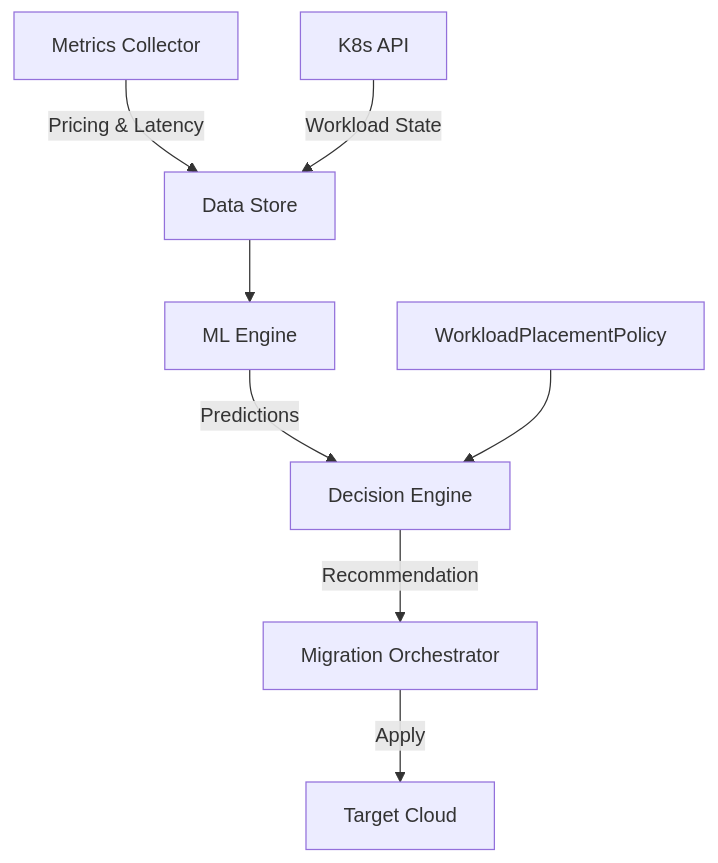
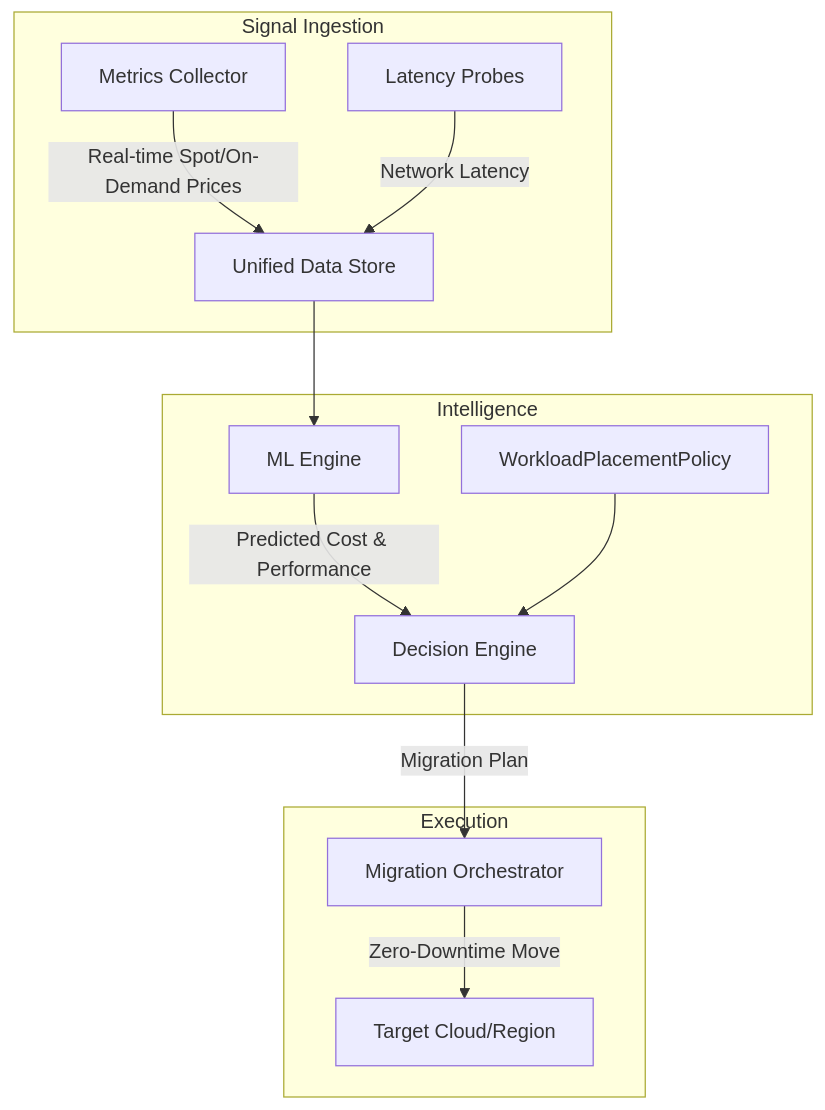
The diagram in README.md (rramesh17993/Guardian), drawn with Mermaid before and after one commit. The commit also changed other lines of this file and 2 other files, not shown here.

````diff
--- a/README.md
+++ b/README.md
@@ -22,10 +44,18 @@
 ```mermaid
 graph TD
-    A[Metrics Collector] -->|Pricing & Latency| B[Data Store]
-    C[K8s API] -->|Workload State| B
-    B --> D[ML Engine]
-    D -->|Predictions| E[Decision Engine]
-    F[WorkloadPlacementPolicy] --> E
-    E -->|Recommendation| G[Migration Orchestrator]
-    G -->|Apply| H[Target Cloud]
+    subgraph Signal Ingestion
+        A[Metrics Collector] -->|Real-time Spot/On-Demand Prices| B[Unified Data Store]
+        C[Latency Probes] -->|Network Latency| B
+    end
+    
+    subgraph Intelligence
+        B --> D[ML Engine]
+        D -->|Predicted Cost & Performance| E[Decision Engine]
+        F[WorkloadPlacementPolicy] --> E
+    end
+    
+    subgraph Execution
+        E -->|Migration Plan| G[Migration Orchestrator]
+        G -->|Zero-Downtime Move| H[Target Cloud/Region]
+    end
 ```
````
